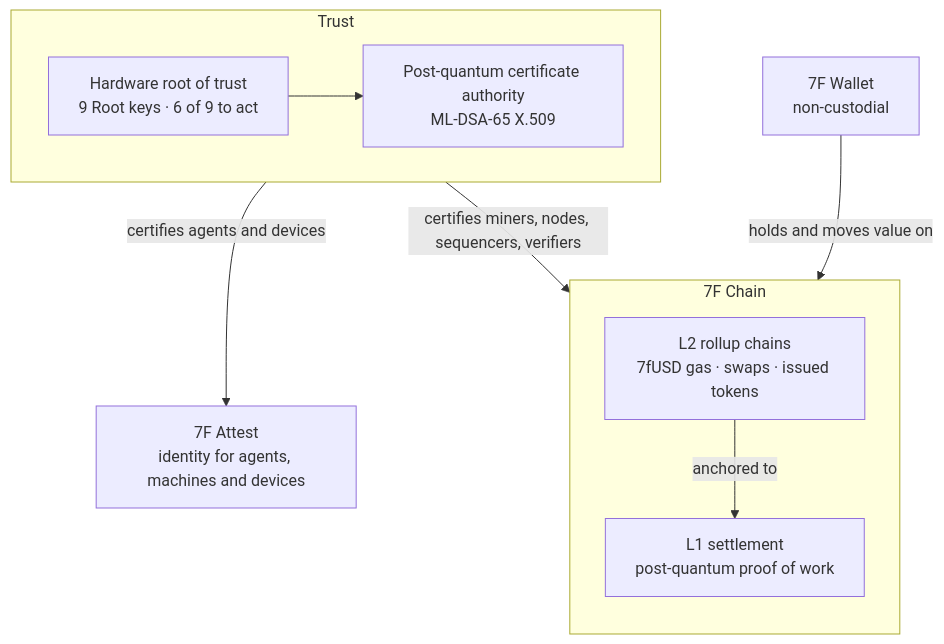
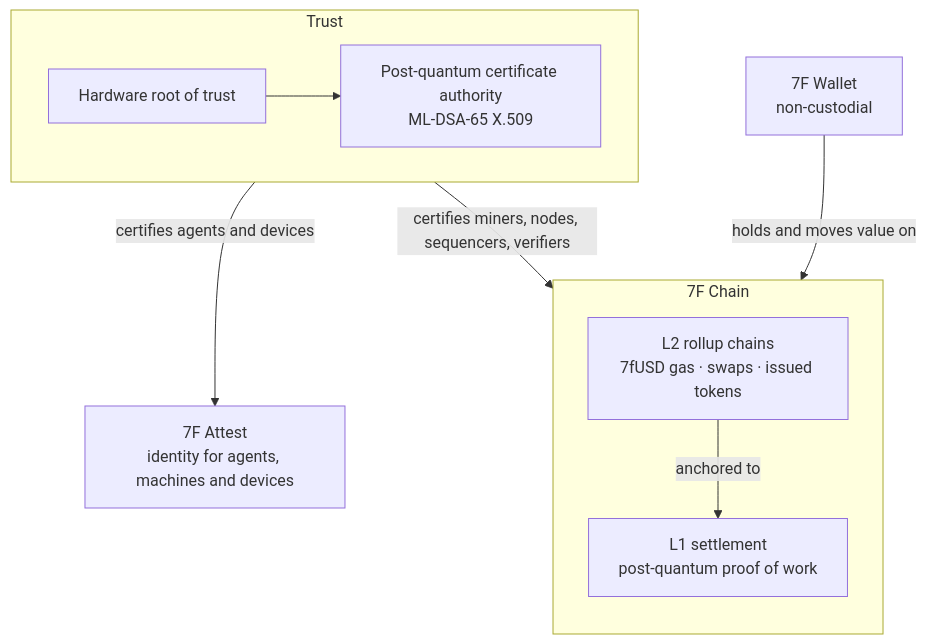
The diagram in profile/README.md (Seven-Fortunas/.github), drawn with Mermaid before and after one commit. The commit also changed other lines of this file, not shown here.

Commit message:
profile: root of trust in terms of what it means to miners and users; retire the dashboards row

````diff
--- a/profile/README.md
+++ b/profile/README.md
@@ -21,17 +21,17 @@
 ```mermaid
 flowchart TB
     subgraph trust["Trust"]
         direction LR
-        root["Hardware root of trust<br/>9 Root keys · 6 of 9 to act"] --> ca["Post-quantum certificate authority<br/>ML-DSA-65 X.509"]
+        root["Hardware root of trust"] --> ca["Post-quantum certificate authority<br/>ML-DSA-65 X.509"]
     end
     subgraph chain["7F Chain"]
         direction TB
         l2["L2 rollup chains<br/>7fUSD gas · swaps · issued tokens"] -- "anchored to" --> l1["L1 settlement<br/>post-quantum proof of work"]
     end
     attest["7F Attest<br/>identity for agents, machines and devices"]
     wallet["7F Wallet<br/>non-custodial"]
 
     ca -- "certifies miners, nodes, sequencers, verifiers" --> chain
     ca -- "certifies agents and devices" --> attest
     wallet -- "holds and moves value on" --> chain
 ```
````
